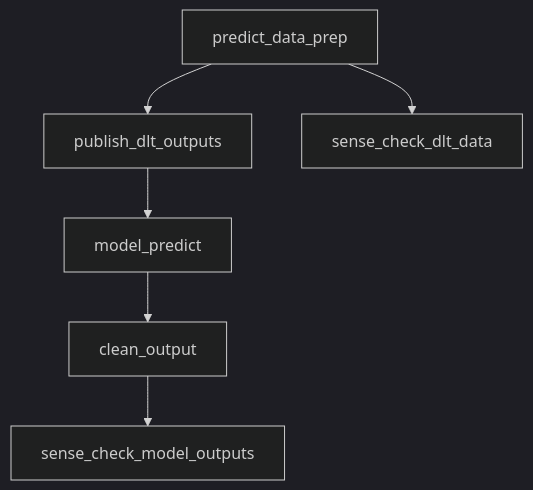
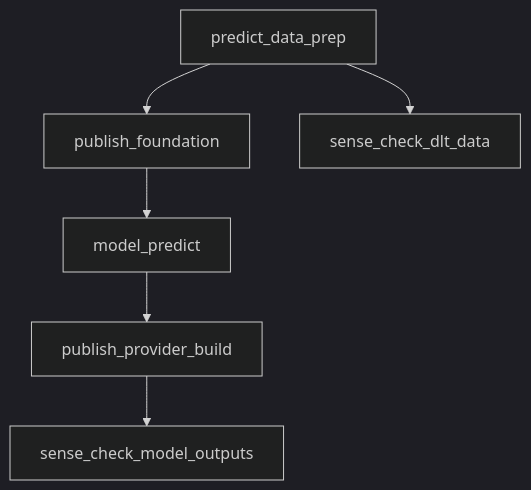
One commit to swblain-glyndwr/personal_project changed the fourth of 7 diagrams in docs/CICD/nextads_databricks_runtime_map.md. Above: the diagram before and after it, drawn with Mermaid (dark theme). The commit also changed other lines of this file and 29 other files, not shown here.

````diff
--- a/docs/CICD/nextads_databricks_runtime_map.md
+++ b/docs/CICD/nextads_databricks_runtime_map.md
@@ -207,8 +207,8 @@
 ```mermaid
 flowchart TD
-  predict_data_prep --> publish_dlt_outputs
+  predict_data_prep --> publish_foundation
   predict_data_prep --> sense_check_dlt_data
-  publish_dlt_outputs --> model_predict
-  model_predict --> clean_output
-  clean_output --> sense_check_model_outputs
+  publish_foundation --> model_predict
+  model_predict --> publish_provider_build
+  publish_provider_build --> sense_check_model_outputs
 ```
````
